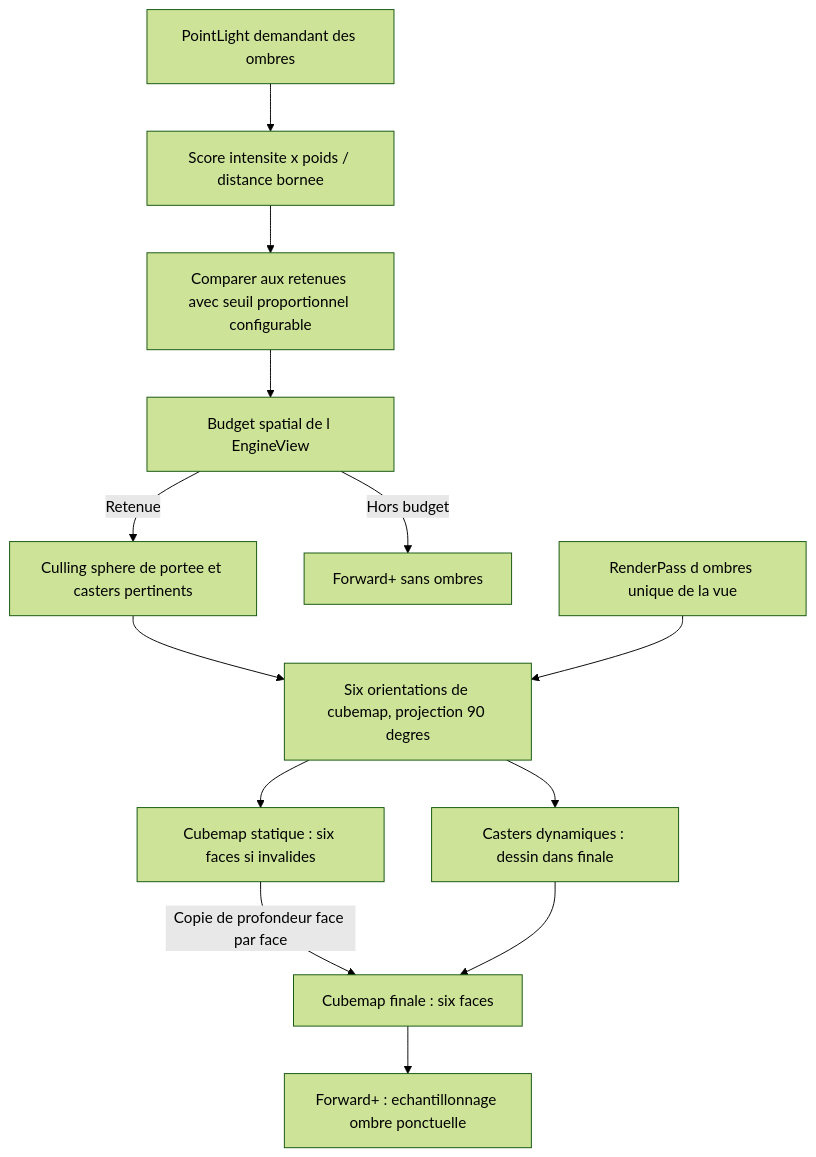
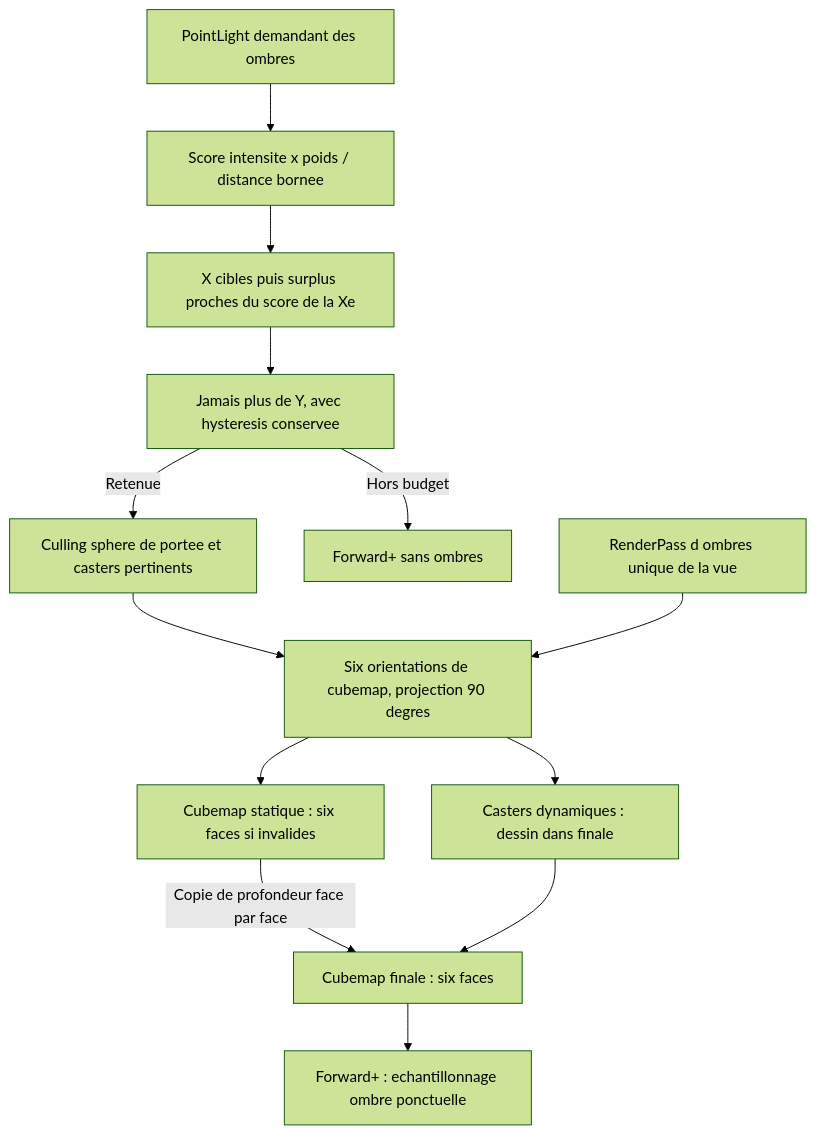
One commit to EreliaStudio/Sparkle changed the ninth of 18 diagrams in docs/voxel-engine-v0.1.4-specification.md. Above: the diagram before and after it, drawn with Mermaid (forest theme). The commit also changed other lines of this file, not shown here.

Commit message:
docs(v0.1.4): update shadow selection diagrams and capture sequence for soft budget X/Y/tolerance

````diff
--- a/docs/voxel-engine-v0.1.4-specification.md
+++ b/docs/voxel-engine-v0.1.4-specification.md
@@ -750,15 +757,15 @@
 ```mermaid
 flowchart TD
   Point["PointLight demandant des ombres"] --> Score["Score intensite x poids / distance bornee"]
-  Score --> H["Comparer aux retenues avec seuil proportionnel configurable"]
-  H --> Limit["Budget spatial de l EngineView"]
+  Score --> Soft["X cibles puis surplus proches du score de la Xe"]
+  Soft --> Limit["Jamais plus de Y, avec hysteresis conservee"]
   Limit -->|"Retenue"| Range["Culling sphere de portee et casters pertinents"]
   Limit -->|"Hors budget"| LightOnly["Forward+ sans ombres"]
   Range --> Faces["Six orientations de cubemap, projection 90 degres"]
   Faces --> Static["Cubemap statique : six faces si invalides"]
   Static -->|"Copie de profondeur face par face"| Final["Cubemap finale : six faces"]
   Faces --> Dyn["Casters dynamiques : dessin dans finale"]
   Dyn --> Final
   Final --> Forward["Forward+ : echantillonnage ombre ponctuelle"]
   ShadowPass["RenderPass d ombres unique de la vue"] --> Faces
 ```
````
